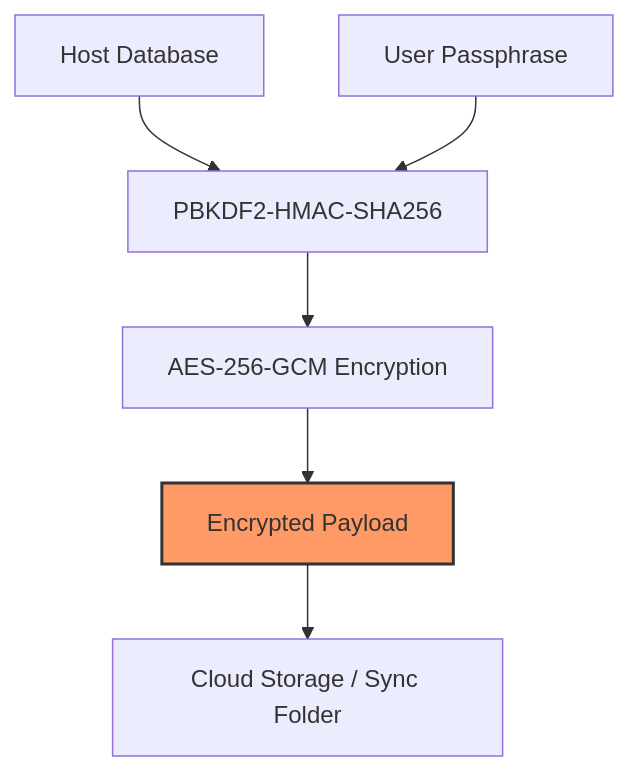
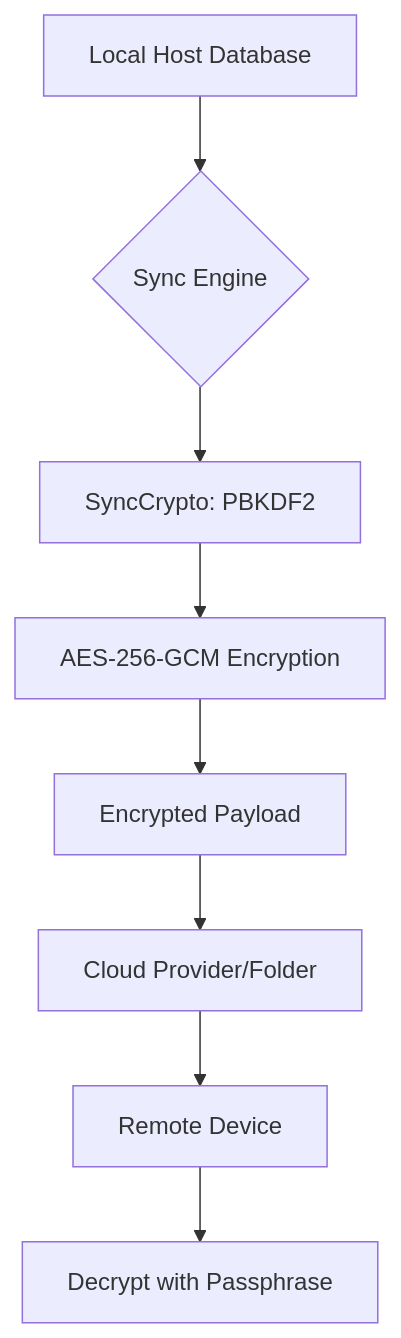
The first of 2 diagrams in .cubic/wiki/01-overview/03-security-policies.md (blixten85/bastion), drawn with Mermaid before and after one commit. The commit also changed other lines of this file and 49 other files, not shown here.

````diff
--- a/.cubic/wiki/01-overview/03-security-policies.md
+++ b/.cubic/wiki/01-overview/03-security-policies.md
@@ -69,10 +62,10 @@
 ```mermaid
 flowchart TD
-    Data[Host Database] --> PBKDF2[PBKDF2-HMAC-SHA256]
-    Pass[User Passphrase] --> PBKDF2
-    PBKDF2 --> AES[AES-256-GCM Encryption]
-    AES --> EncryptedFile[Encrypted Payload]
-    EncryptedFile --> Cloud[Cloud Storage / Sync Folder]
-    
-    style EncryptedFile fill:#f96,stroke:#333,stroke-width:2px
+    A[Local Host Database] --> B{Sync Engine}
+    B --> C[SyncCrypto: PBKDF2]
+    C --> D[AES-256-GCM Encryption]
+    D --> E[Encrypted Payload]
+    E --> F[Cloud Provider/Folder]
+    F --> G[Remote Device]
+    G --> H[Decrypt with Passphrase]
 ```
````
